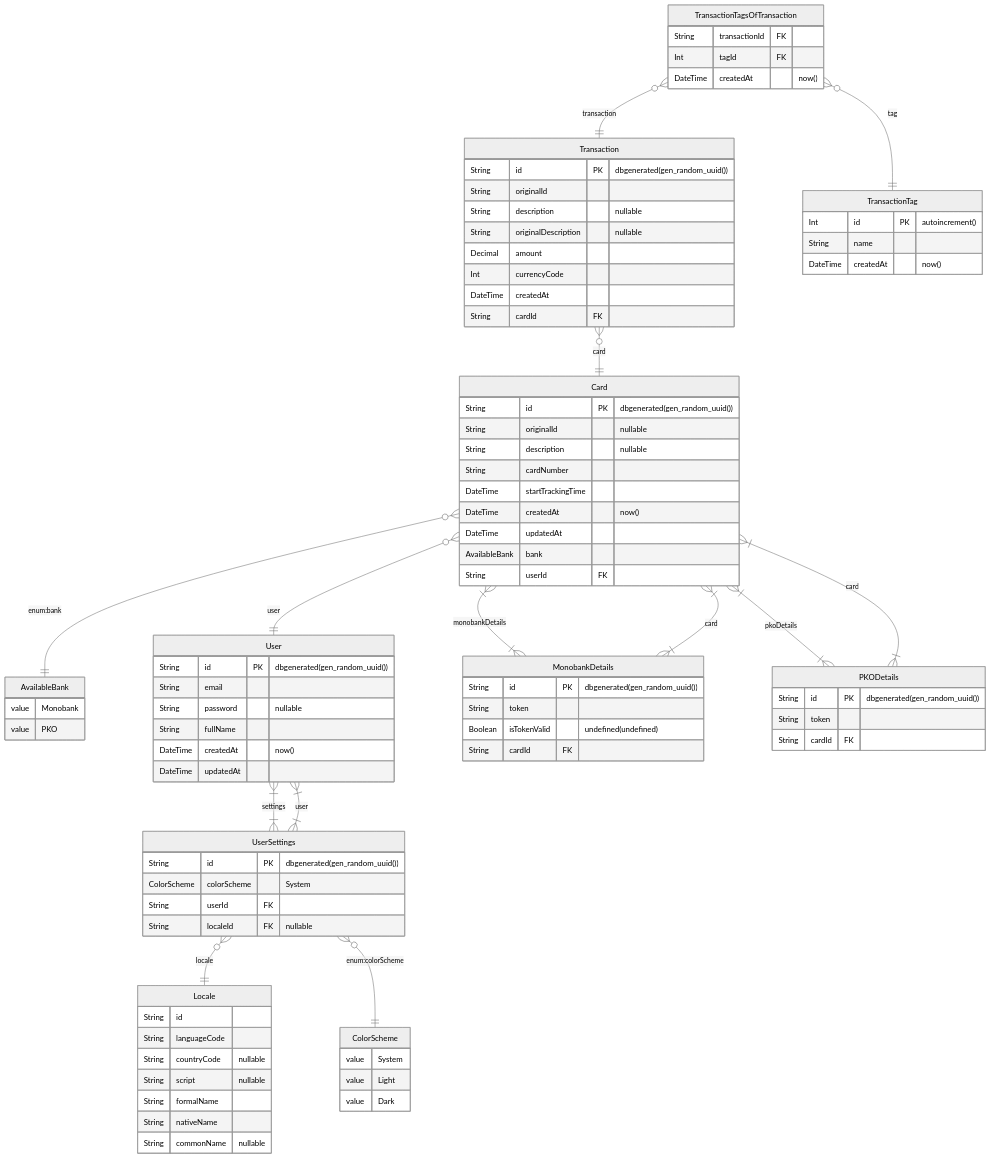
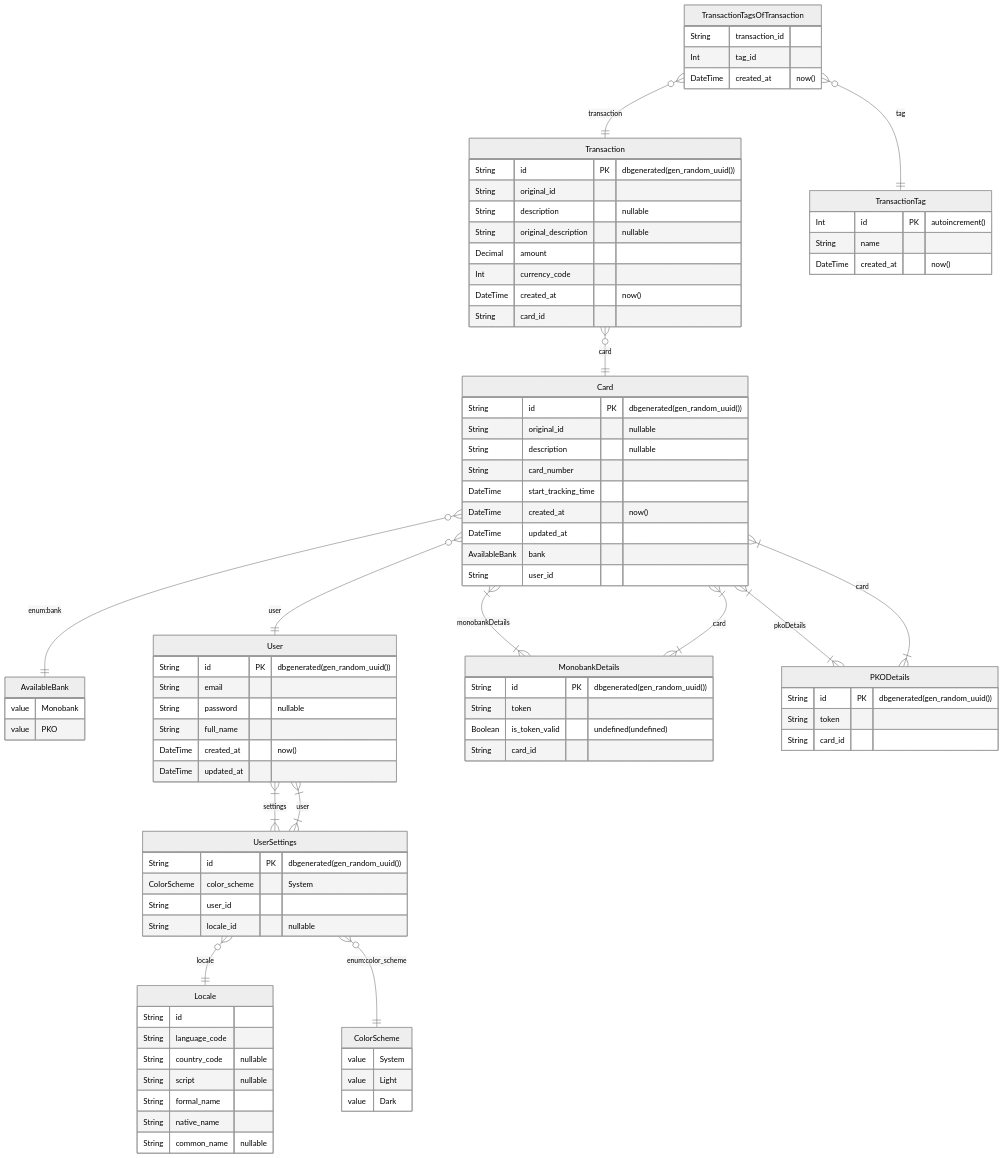
Before and after one commit to quinsberry/budget-tracking-app: the diagram in src/shared/prisma/ERD.md, drawn with Mermaid (neutral theme). The commit also changed 1 other file, not shown here.

Commit message:
refactored table colums

```diff
--- a/src/shared/prisma/ERD.md
+++ b/src/shared/prisma/ERD.md
@@ -13,71 +13,71 @@
 		String id PK  "dbgenerated(gen_random_uuid())"
 		String email
 		String password  "nullable"
-		String fullName
-		DateTime createdAt  "now()"
-		DateTime updatedAt
+		String full_name
+		DateTime created_at  "now()"
+		DateTime updated_at
 	}
 	UserSettings {
 		String id PK  "dbgenerated(gen_random_uuid())"
-		ColorScheme colorScheme "System"
-		String userId FK
-		String localeId FK  "nullable"
+		ColorScheme color_scheme "System"
+		String user_id
+		String locale_id  "nullable"
 	}
 	Locale {
 		String id
-		String languageCode
-		String countryCode  "nullable"
+		String language_code
+		String country_code  "nullable"
 		String script  "nullable"
-		String formalName
-		String nativeName
-		String commonName  "nullable"
+		String formal_name
+		String native_name
+		String common_name  "nullable"
 	}
 	Card {
 		String id PK  "dbgenerated(gen_random_uuid())"
-		String originalId  "nullable"
+		String original_id  "nullable"
 		String description  "nullable"
-		String cardNumber
-		DateTime startTrackingTime
-		DateTime createdAt  "now()"
-		DateTime updatedAt
+		String card_number
+		DateTime start_tracking_time
+		DateTime created_at  "now()"
+		DateTime updated_at
 		AvailableBank bank
-		String userId FK
+		String user_id
 	}
 	MonobankDetails {
 		String id PK  "dbgenerated(gen_random_uuid())"
 		String token
-		Boolean isTokenValid  "undefined(undefined)"
-		String cardId FK
+		Boolean is_token_valid  "undefined(undefined)"
+		String card_id
 	}
 	PKODetails {
 		String id PK  "dbgenerated(gen_random_uuid())"
 		String token
-		String cardId FK
+		String card_id
 	}
 	Transaction {
 		String id PK  "dbgenerated(gen_random_uuid())"
-		String originalId
+		String original_id
 		String description  "nullable"
-		String originalDescription  "nullable"
+		String original_description  "nullable"
 		Decimal amount
-		Int currencyCode
-		DateTime createdAt
-		String cardId FK
+		Int currency_code
+		DateTime created_at  "now()"
+		String card_id
 	}
 	TransactionTag {
 		Int id PK  "autoincrement()"
 		String name
-		DateTime createdAt  "now()"
+		DateTime created_at  "now()"
 	}
 	TransactionTagsOfTransaction {
-		String transactionId FK
-		Int tagId FK
-		DateTime createdAt  "now()"
+		String transaction_id
+		Int tag_id
+		DateTime created_at  "now()"
 	}
 	User }|--|{ UserSettings : settings
 	UserSettings }|--|{ User : user
 	UserSettings }o--|| Locale : locale
-	UserSettings }o--|| ColorScheme : "enum:colorScheme"
+	UserSettings }o--|| ColorScheme : "enum:color_scheme"
 	Card }|--|{ MonobankDetails : monobankDetails
 	Card }|--|{ PKODetails : pkoDetails
 	Card }o--|| User : user
```
